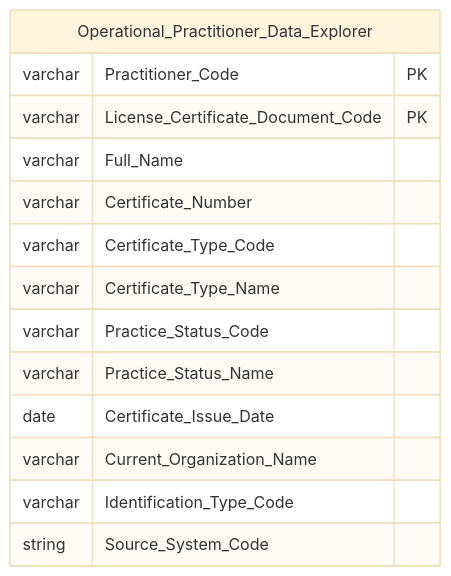
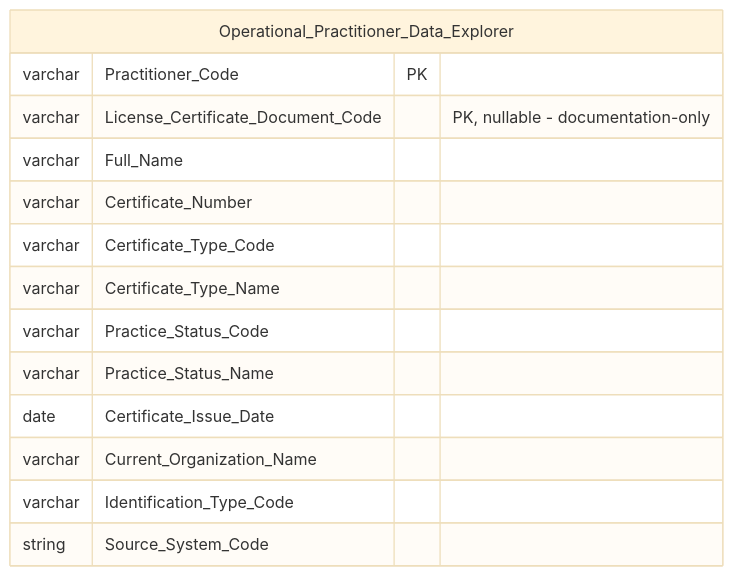
One commit to linhlvit/ubck_atomic_design changed diagram 38 of 40 in Datamart/hld/DTM_NHNCK_HLD.md. Above: the diagram before and after it, drawn with Mermaid (base theme). The commit also changed other lines of this file and 7 other files, not shown here.

````diff
--- a/Datamart/hld/DTM_NHNCK_HLD.md
+++ b/Datamart/hld/DTM_NHNCK_HLD.md
@@ -1599,18 +1602,18 @@
 ```mermaid
 erDiagram
     Operational_Practitioner_Data_Explorer {
         varchar Practitioner_Code PK
-        varchar License_Certificate_Document_Code PK
+        varchar License_Certificate_Document_Code "PK, nullable - documentation-only"
         varchar Full_Name
         varchar Certificate_Number
         varchar Certificate_Type_Code
         varchar Certificate_Type_Name
         varchar Practice_Status_Code
         varchar Practice_Status_Name
         date Certificate_Issue_Date
         varchar Current_Organization_Name
         varchar Identification_Type_Code
         string Source_System_Code
 
     }
 ```
````
